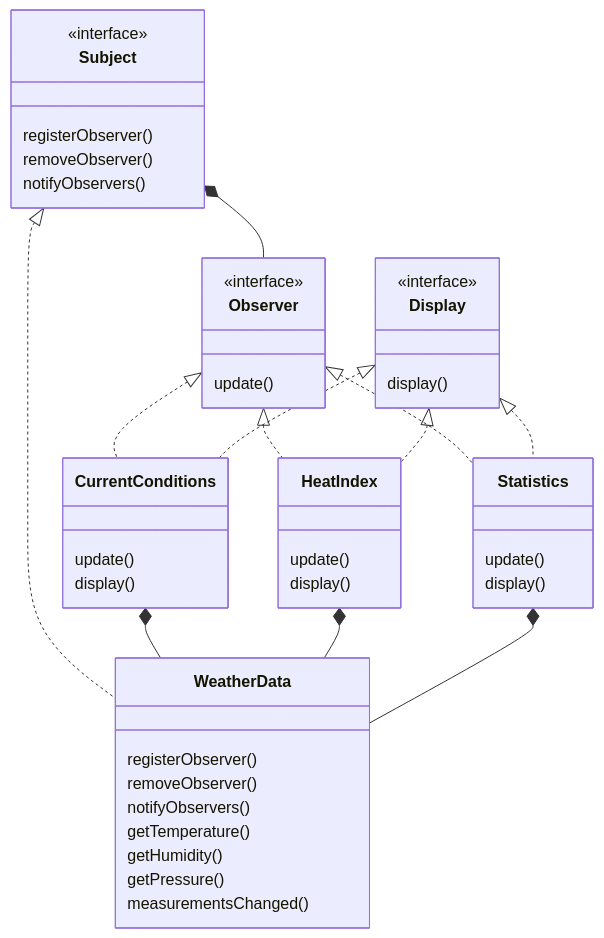
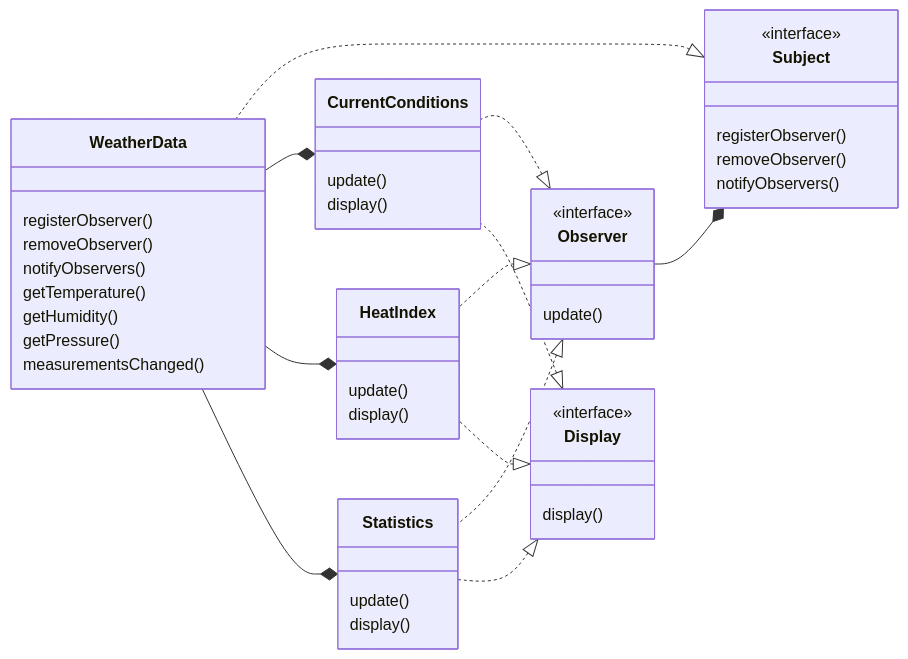
The diagram in src/observerPattern/README.md (striped-s0cks/design-patterns), drawn with Mermaid before and after one commit. The commit also changed 1 other file, not shown here.

Commit message:
specify direction

````diff
--- a/src/observerPattern/README.md
+++ b/src/observerPattern/README.md
@@ -4,61 +4,62 @@
 ```mermaid
 classDiagram
+    direction RL
     class Subject {
         <<interface>>
         registerObserver()
         removeObserver()
         notifyObservers()
     }
 
     class WeatherData {
         registerObserver()
         removeObserver()
         notifyObservers()
 
         getTemperature()
         getHumidity()
         getPressure()
         measurementsChanged()
     }
 
     Subject <|.. WeatherData
 
     class Observer {
         <<interface>>
         update()
     }
 
     Subject *-- Observer
 
     class Display {
         <<interface>>
         display()
     }
 
     class CurrentConditions {
         update()
         display()
     }
 
     class HeatIndex {
         update()
         display()
     }
 
     class Statistics {
         update()
         display()
     }
 
     Observer <|.. CurrentConditions
     Observer <|.. HeatIndex
     Observer <|.. Statistics
 
     Display <|.. CurrentConditions
     Display <|.. HeatIndex
     Display <|.. Statistics
 
     CurrentConditions *-- WeatherData
     HeatIndex *-- WeatherData
     Statistics *-- WeatherData
 ```
````
